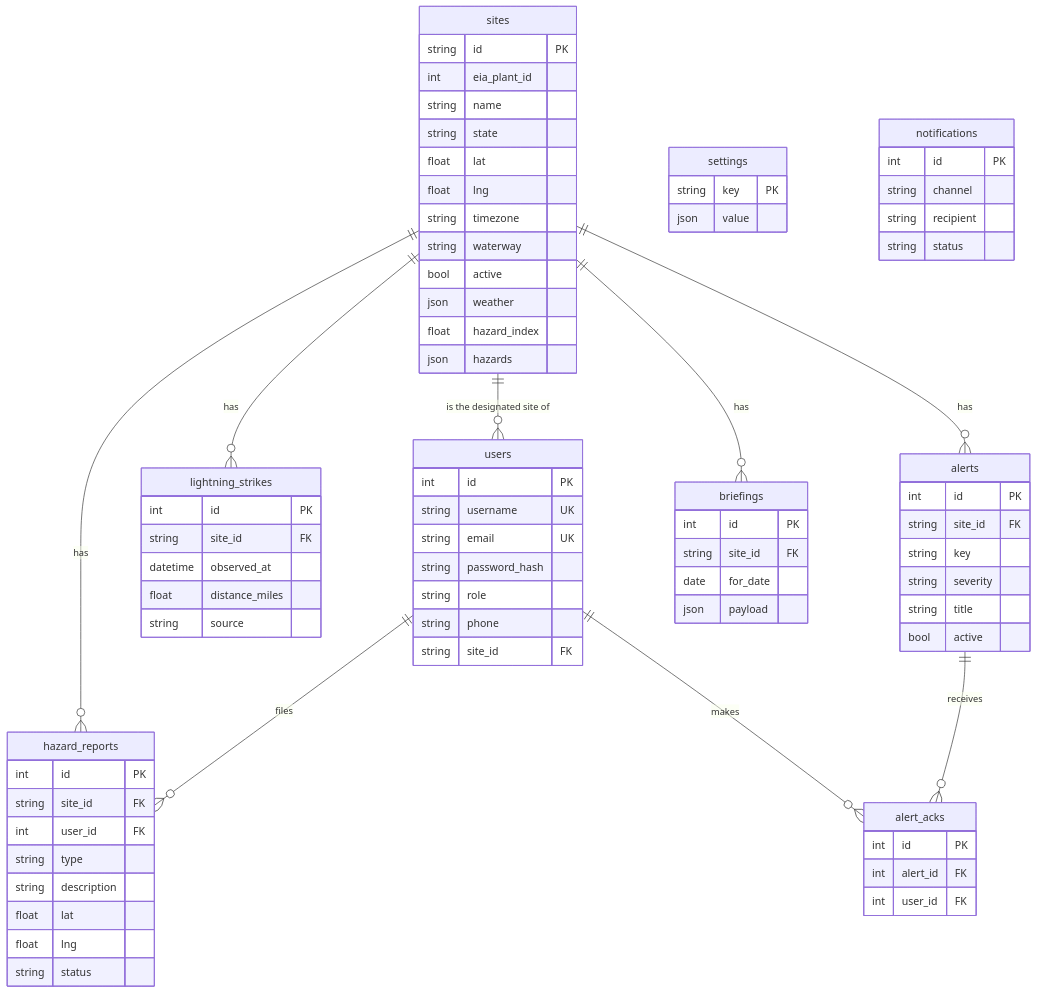
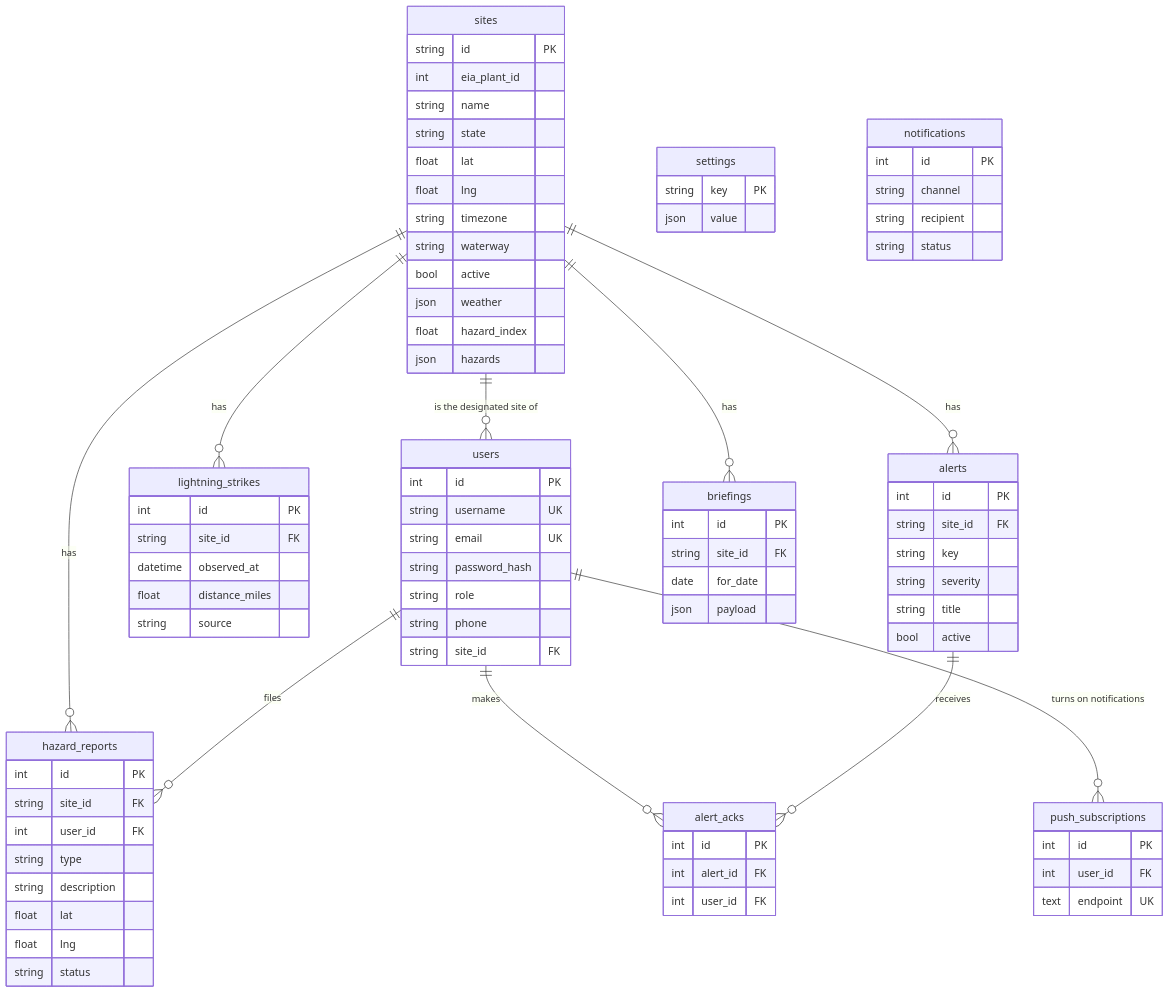
The second of 2 diagrams in docs/ARCHITECTURE.md (kalusani-prateek/SwampHacks-XII), drawn with Mermaid before and after one commit. The commit also changed other lines of this file and 30 other files, not shown here.

```diff
--- a/docs/ARCHITECTURE.md
+++ b/docs/ARCHITECTURE.md
@@ -277,6 +289,7 @@
   sites ||--o{ briefings : has
   users ||--o{ hazard_reports : files
   users ||--o{ alert_acks : makes
+  users ||--o{ push_subscriptions : "turns on notifications"
   alerts ||--o{ alert_acks : receives
 
   users {
@@ -338,6 +351,11 @@
     date for_date
     json payload
   }
+  push_subscriptions {
+    int id PK
+    int user_id FK
+    text endpoint UK
+  }
   settings {
     string key PK
     json value
```
